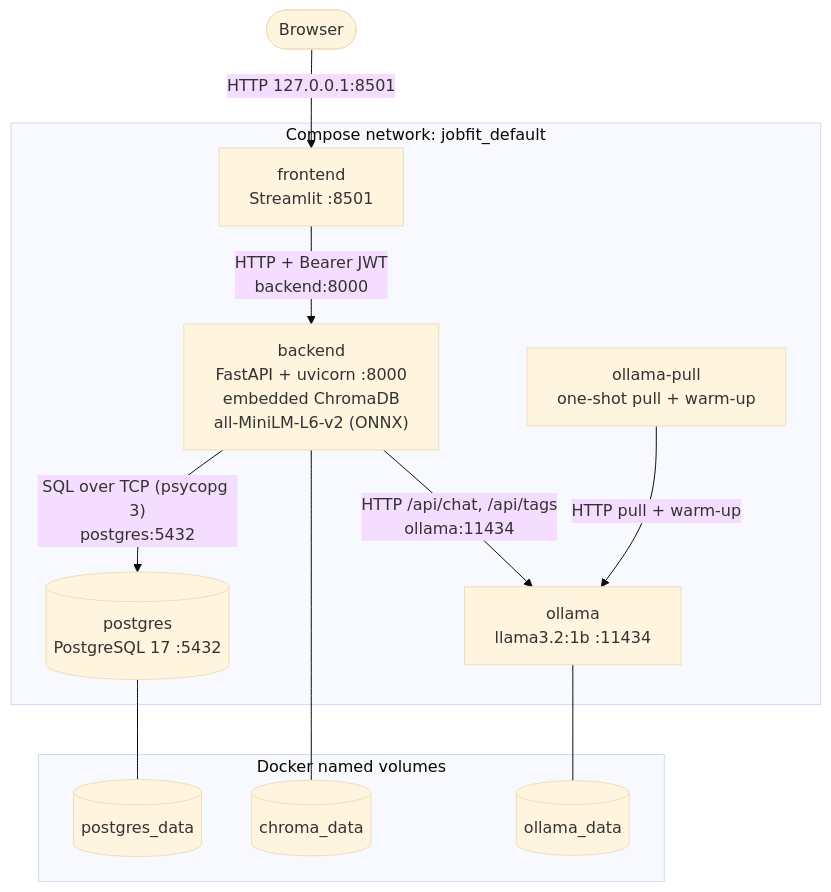
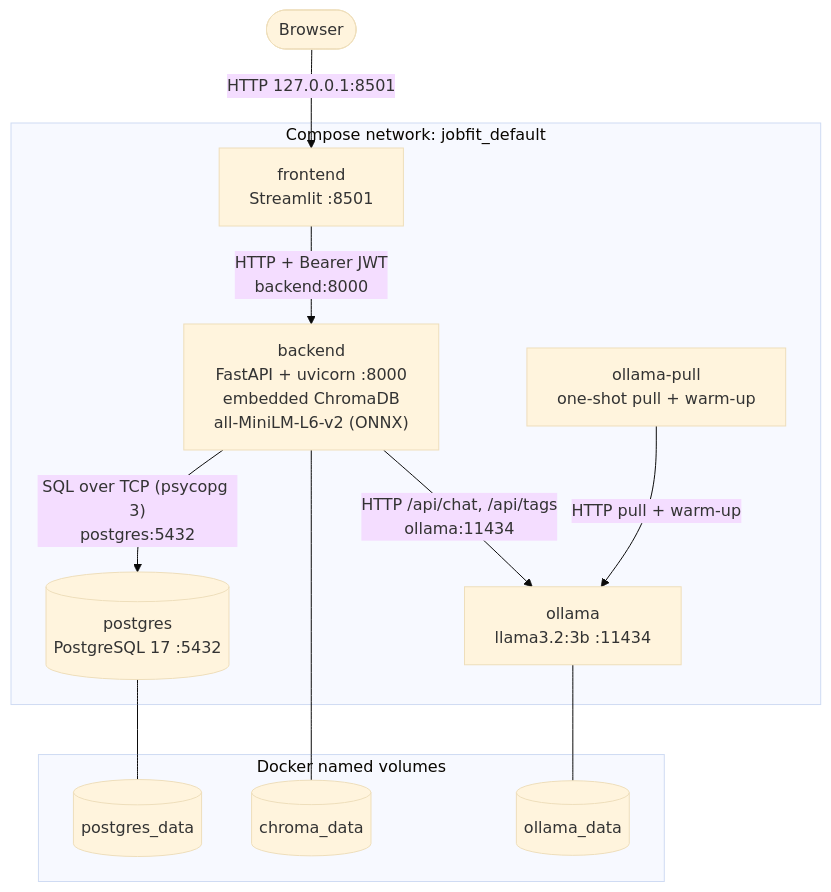
The first of 2 diagrams in module_09/capstone/README.md (Ben-West93/Course-work), drawn with Mermaid (base theme) before and after one commit. The commit also changed other lines of this file and 37 other files, not shown here.

````diff
--- a/module_09/capstone/README.md
+++ b/module_09/capstone/README.md
@@ -14,27 +492,27 @@
 ```mermaid
 flowchart TB
     browser(["Browser"])
 
     subgraph compose["Compose network: jobfit_default"]
         frontend["frontend<br/>Streamlit :8501"]
         backend["backend<br/>FastAPI + uvicorn :8000<br/>embedded ChromaDB<br/>all-MiniLM-L6-v2 (ONNX)"]
         postgres[("postgres<br/>PostgreSQL 17 :5432")]
-        ollama["ollama<br/>llama3.2:1b :11434"]
+        ollama["ollama<br/>llama3.2:3b :11434"]
         pull["ollama-pull<br/>one-shot pull + warm-up"]
     end
 
     subgraph volumes["Docker named volumes"]
         pgvol[("postgres_data")]
         chromavol[("chroma_data")]
         ollamavol[("ollama_data")]
     end
 
     browser -- "HTTP 127.0.0.1:8501" --> frontend
     frontend -- "HTTP + Bearer JWT<br/>backend:8000" --> backend
     backend -- "SQL over TCP (psycopg 3)<br/>postgres:5432" --> postgres
     backend -- "HTTP /api/chat, /api/tags<br/>ollama:11434" --> ollama
     pull -- "HTTP pull + warm-up" --> ollama
     postgres --- pgvol
     backend --- chromavol
     ollama --- ollamavol
 ```
````
